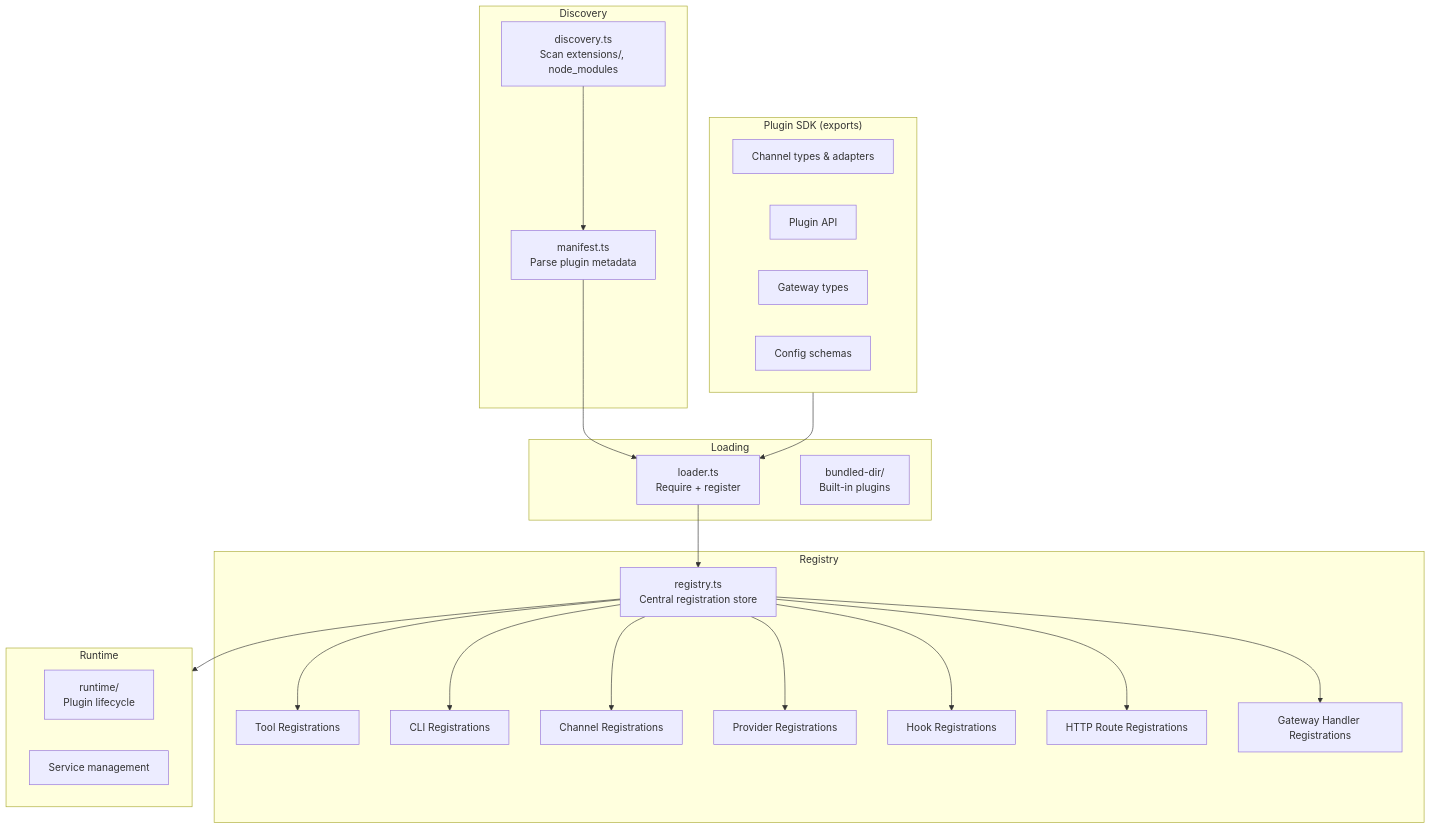
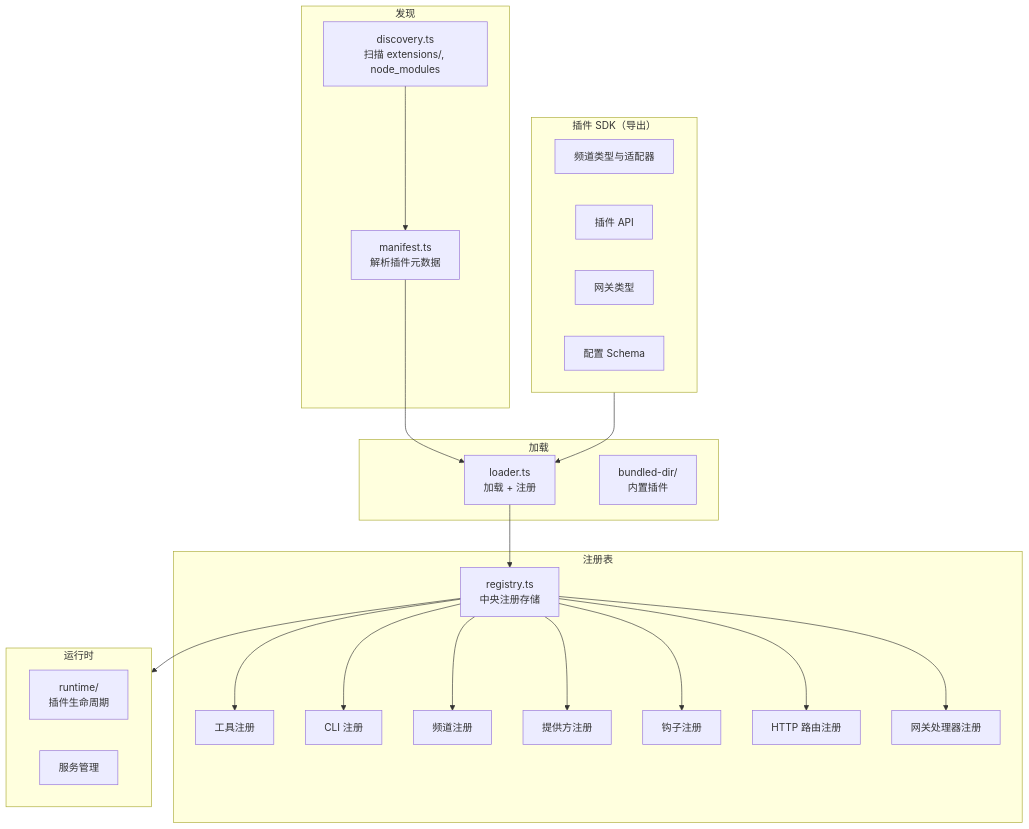
One commit to dqaria/openclaw changed the seventh of 15 diagrams in docs/reference/architecture.md. Above: the diagram before and after it, drawn with Mermaid. The commit also changed other lines of this file, not shown here.

First line of the commit message:
docs: rewrite architecture documentation in Chinese

````diff
--- a/docs/reference/architecture.md
+++ b/docs/reference/architecture.md
@@ -363,41 +363,41 @@
 ```mermaid
 graph TB
-    subgraph Discovery["Discovery"]
-        DISC[discovery.ts<br/>Scan extensions/, node_modules]
-        MANIFEST[manifest.ts<br/>Parse plugin metadata]
+    subgraph Discovery["发现"]
+        DISC["discovery.ts<br/>扫描 extensions/, node_modules"]
+        MANIFEST["manifest.ts<br/>解析插件元数据"]
     end
 
-    subgraph Loading["Loading"]
-        LOADER[loader.ts<br/>Require + register]
-        BUNDLED[bundled-dir/<br/>Built-in plugins]
+    subgraph Loading["加载"]
+        LOADER["loader.ts<br/>加载 + 注册"]
+        BUNDLED["bundled-dir/<br/>内置插件"]
     end
 
-    subgraph Registry["Registry"]
-        REG[registry.ts<br/>Central registration store]
-        TOOL_R[Tool Registrations]
-        CLI_R[CLI Registrations]
-        CHAN_R[Channel Registrations]
-        PROV_R[Provider Registrations]
-        HOOK_R[Hook Registrations]
-        HTTP_R[HTTP Route Registrations]
-        GW_R[Gateway Handler Registrations]
+    subgraph Registry["注册表"]
+        REG["registry.ts<br/>中央注册存储"]
+        TOOL_R[工具注册]
+        CLI_R[CLI 注册]
+        CHAN_R[频道注册]
+        PROV_R[提供方注册]
+        HOOK_R[钩子注册]
+        HTTP_R[HTTP 路由注册]
+        GW_R[网关处理器注册]
     end
 
-    subgraph SDK["Plugin SDK (exports)"]
-        SDK_CHAN[Channel types & adapters]
-        SDK_API[Plugin API]
-        SDK_GW[Gateway types]
-        SDK_CFG[Config schemas]
+    subgraph SDK["插件 SDK（导出）"]
+        SDK_CHAN["频道类型与适配器"]
+        SDK_API[插件 API]
+        SDK_GW[网关类型]
+        SDK_CFG[配置 Schema]
     end
 
-    subgraph Runtime["Runtime"]
-        RT[runtime/<br/>Plugin lifecycle]
-        SVC[Service management]
+    subgraph Runtime["运行时"]
+        RT["runtime/<br/>插件生命周期"]
+        SVC[服务管理]
     end
 
     DISC --> MANIFEST --> LOADER
     LOADER --> REG
     REG --> TOOL_R & CLI_R & CHAN_R & PROV_R & HOOK_R & HTTP_R & GW_R
     SDK --> LOADER
     REG --> Runtime
 ```
````
